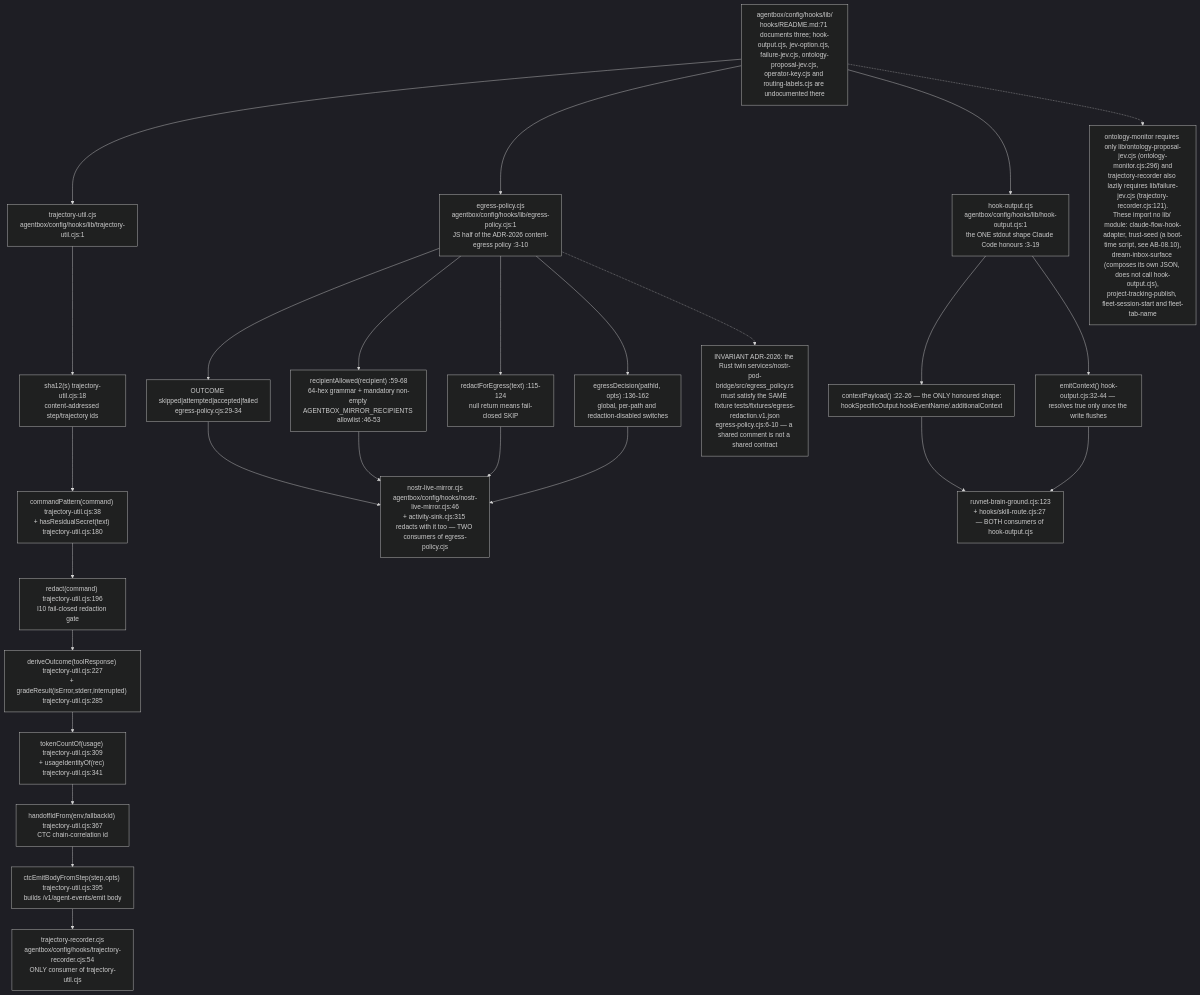
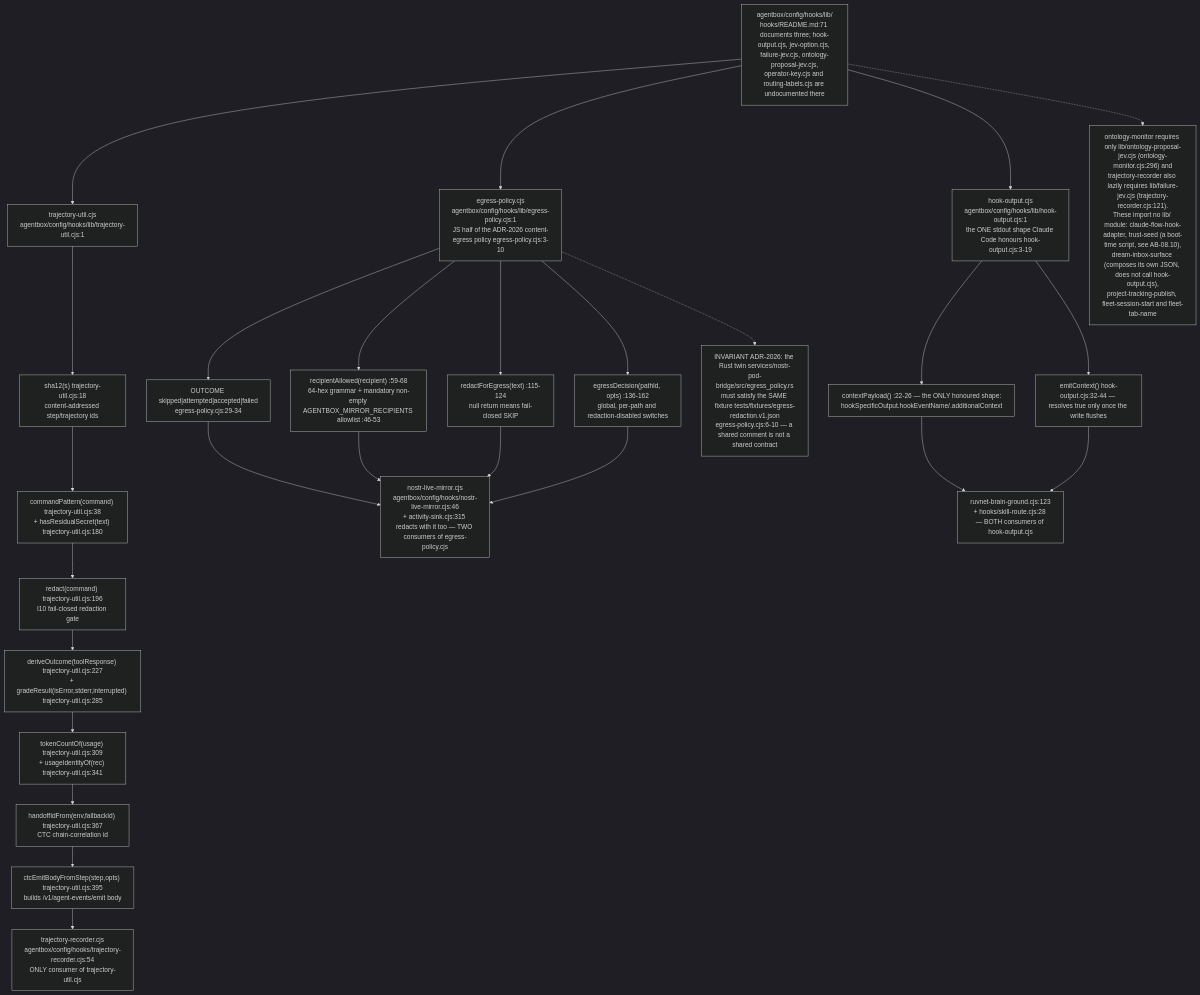
Before and after one commit to DreamLab-AI/VisionFlow: diagram 11 of 13 in docs/diagrams/agentbox/08-hooks-pipeline.md, drawn with Mermaid (dark theme). The commit also changed other lines of this file and 6 other files, not shown here.

````diff
--- a/docs/diagrams/agentbox/08-hooks-pipeline.md
+++ b/docs/diagrams/agentbox/08-hooks-pipeline.md
@@ -505,36 +505,36 @@
 ```mermaid
 flowchart TD
     LIBDIR["agentbox/config/hooks/lib/<br/>hooks/README.md:71 documents three; hook-output.cjs, jev-option.cjs, failure-jev.cjs, ontology-proposal-jev.cjs,<br/>operator-key.cjs and routing-labels.cjs are undocumented there"]
     UT["trajectory-util.cjs<br/>agentbox/config/hooks/lib/trajectory-util.cjs:1"]
-    EG["egress-policy.cjs<br/>agentbox/config/hooks/lib/egress-policy.cjs:1<br/>JS half of the ADR-2026 content-egress policy :3-10"]
-    HO["hook-output.cjs<br/>agentbox/config/hooks/lib/hook-output.cjs:1<br/>the ONE stdout shape Claude Code honours :3-19"]
+    EG["egress-policy.cjs<br/>agentbox/config/hooks/lib/egress-policy.cjs:1<br/>JS half of the ADR-2026 content-egress policy egress-policy.cjs:3-10"]
+    HO["hook-output.cjs<br/>agentbox/config/hooks/lib/hook-output.cjs:1<br/>the ONE stdout shape Claude Code honours hook-output.cjs:3-19"]
     LIBDIR --> UT
     LIBDIR --> EG
     LIBDIR --> HO
     F1["sha12#40;s#41; trajectory-util.cjs:18<br/>content-addressed step/trajectory ids"]
     F2["commandPattern#40;command#41; trajectory-util.cjs:38<br/>+ hasResidualSecret#40;text#41; trajectory-util.cjs:180"]
     F3["redact#40;command#41; trajectory-util.cjs:196<br/>I10 fail-closed redaction gate"]
     F4["deriveOutcome#40;toolResponse#41; trajectory-util.cjs:227<br/>+ gradeResult#40;isError,stderr,interrupted#41; trajectory-util.cjs:285"]
     F5["tokenCountOf#40;usage#41; trajectory-util.cjs:309<br/>+ usageIdentityOf#40;rec#41; trajectory-util.cjs:341"]
     F6["handoffIdFrom#40;env,fallbackId#41; trajectory-util.cjs:367<br/>CTC chain-correlation id"]
     F7["ctcEmitBodyFromStep#40;step,opts#41; trajectory-util.cjs:395<br/>builds /v1/agent-events/emit body"]
     UT --> F1 --> F2 --> F3 --> F4 --> F5 --> F6 --> F7
     G1["OUTCOME skipped#124;attempted#124;accepted#124;failed<br/>egress-policy.cjs:29-34"]
     G2["recipientAllowed#40;recipient#41; :59-68<br/>64-hex grammar #43; mandatory non-empty AGENTBOX_MIRROR_RECIPIENTS allowlist :46-53"]
     G3["redactForEgress#40;text#41; :115-124<br/>null return means fail-closed SKIP"]
     G4["egressDecision#40;pathId, opts#41; :136-162<br/>global, per-path and redaction-disabled switches"]
     EG --> G1 & G2 & G3 & G4
     H1["contextPayload#40;#41; :22-26 — the ONLY honoured shape:<br/>hookSpecificOutput.hookEventName/.additionalContext"]
     H2["emitContext#40;#41; hook-output.cjs:32-44 — resolves true only once the write flushes"]
     HO --> H1 & H2
     TR["trajectory-recorder.cjs<br/>agentbox/config/hooks/trajectory-recorder.cjs:54<br/>ONLY consumer of trajectory-util.cjs"]
     NM["nostr-live-mirror.cjs<br/>agentbox/config/hooks/nostr-live-mirror.cjs:46<br/>+ activity-sink.cjs:315 redacts with it too — TWO consumers of egress-policy.cjs"]
-    RBG["ruvnet-brain-ground.cjs:123<br/>+ hooks/skill-route.cjs:27 — BOTH consumers of hook-output.cjs"]
+    RBG["ruvnet-brain-ground.cjs:123<br/>+ hooks/skill-route.cjs:28 — BOTH consumers of hook-output.cjs"]
     F7 --> TR
     G1 & G2 & G3 & G4 --> NM
     H1 & H2 --> RBG
     PAIR["INVARIANT ADR-2026: the Rust twin services/nostr-pod-bridge/src/egress_policy.rs<br/>must satisfy the SAME fixture tests/fixtures/egress-redaction.v1.json<br/>egress-policy.cjs:6-10 — a shared comment is not a shared contract"]
     EG -.-> PAIR
     OTHER["ontology-monitor requires only lib/ontology-proposal-jev.cjs #40;ontology-monitor.cjs:296#41; and<br/>trajectory-recorder also lazily requires lib/failure-jev.cjs #40;trajectory-recorder.cjs:121#41;.<br/>These import no lib/ module: claude-flow-hook-adapter, trust-seed #40;a boot-time script, see AB-08.10#41;,<br/>dream-inbox-surface #40;composes its own JSON, does not call hook-output.cjs#41;,<br/>project-tracking-publish, fleet-session-start and fleet-tab-name"]
     LIBDIR -.-> OTHER
 ```
````
